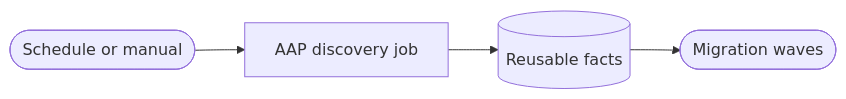
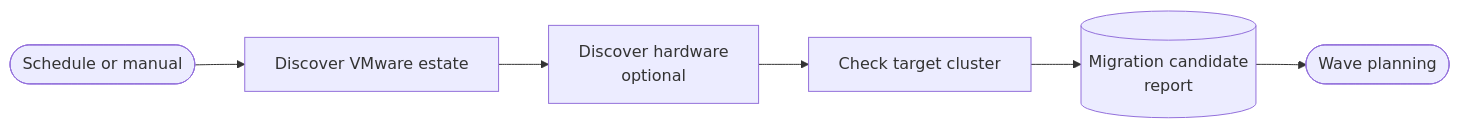
The diagram in README-Virtualization-Use-Case-01-Discover-and-Analyze.md (ansible-tmm/solution-guides), drawn with Mermaid before and after one commit. The commit also changed other lines of this file and 9 other files, not shown here.

````diff
--- a/README-Virtualization-Use-Case-01-Discover-and-Analyze.md
+++ b/README-Virtualization-Use-Case-01-Discover-and-Analyze.md
@@ -49,6 +53,8 @@
 ```mermaid
 graph LR
-  Trigger([Schedule or manual]) --> Discover[AAP discovery job]
-  Discover --> Facts[(Reusable facts)]
-  Facts --> Plan([Migration waves])
+  Trigger([Schedule or manual]) --> VMware[Discover VMware estate]
+  VMware --> Hardware[Discover hardware<br/>optional]
+  Hardware --> Target[Check target cluster]
+  Target --> Report[(Migration candidate<br/>report)]
+  Report --> Plan([Wave planning])
 ```
````
